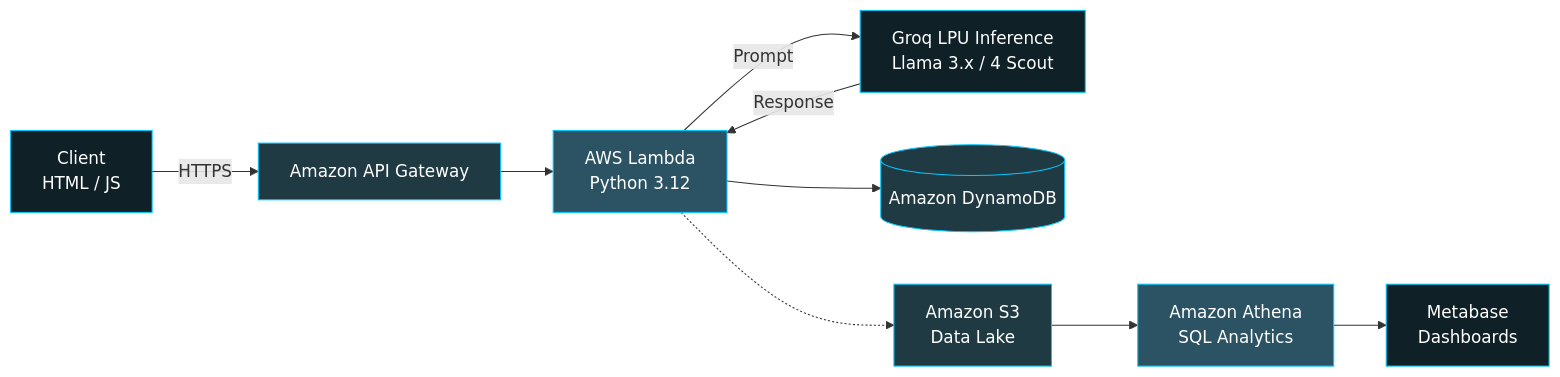
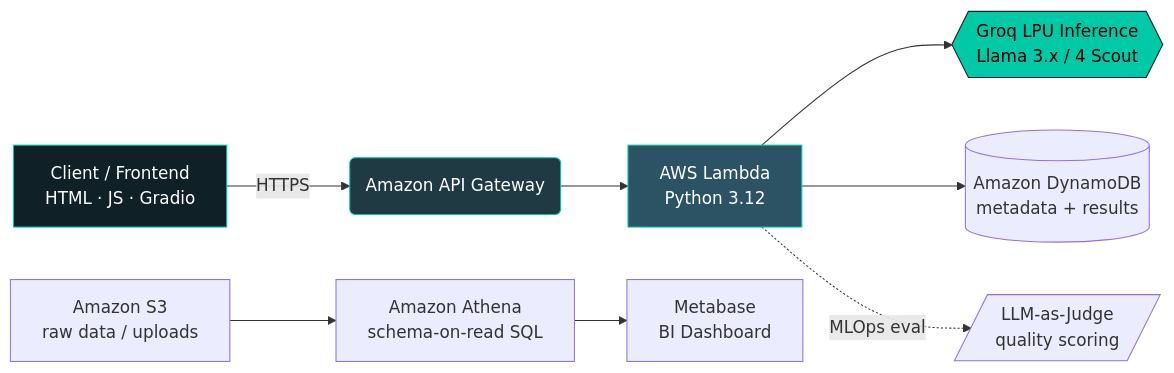
One commit to Tanmay-Hadke/Tanmay-Hadke changed the diagram in README.md. Above: the diagram before and after it, drawn with Mermaid. The commit also changed other lines of this file, not shown here.

````diff
--- a/README.md
+++ b/README.md
@@ -35,20 +44,15 @@
 ```mermaid
 flowchart LR
-    A[Client<br/>HTML / JS] -->|HTTPS| B[Amazon API Gateway]
+    A[Client / Frontend<br/>HTML · JS · Gradio] -->|HTTPS| B(Amazon API Gateway)
     B --> C[AWS Lambda<br/>Python 3.12]
-    C -->|Prompt| D[Groq LPU Inference<br/>Llama 3.x / 4 Scout]
-    D -->|Response| C
-    C --> E[(Amazon DynamoDB)]
-    C -.-> F[Amazon S3<br/>Data Lake]
-    F --> G[Amazon Athena<br/>SQL Analytics]
-    G --> H[Metabase<br/>Dashboards]
+    C --> D{{Groq LPU Inference<br/>Llama 3.x / 4 Scout}}
+    C --> E[(Amazon DynamoDB<br/>metadata + results)]
+    F[Amazon S3<br/>raw data / uploads] --> G[Amazon Athena<br/>schema-on-read SQL]
+    G --> H[Metabase<br/>BI Dashboard]
+    C -.->|MLOps eval| I[/LLM-as-Judge<br/>quality scoring/]
 
-    style A fill:#0f2027,stroke:#00C9FF,color:#fff
-    style B fill:#203a43,stroke:#00C9FF,color:#fff
-    style C fill:#2c5364,stroke:#00C9FF,color:#fff
-    style D fill:#0f2027,stroke:#00C9FF,color:#fff
-    style E fill:#203a43,stroke:#00C9FF,color:#fff
-    style F fill:#203a43,stroke:#00C9FF,color:#fff
-    style G fill:#2c5364,stroke:#00C9FF,color:#fff
-    style H fill:#0f2027,stroke:#00C9FF,color:#fff
+    style A fill:#0F2027,stroke:#00C9A7,color:#fff
+    style C fill:#2C5364,stroke:#00C9A7,color:#fff
+    style D fill:#00C9A7,stroke:#0F2027,color:#000
+    style B fill:#203A43,stroke:#00C9A7,color:#fff
 ```
````
